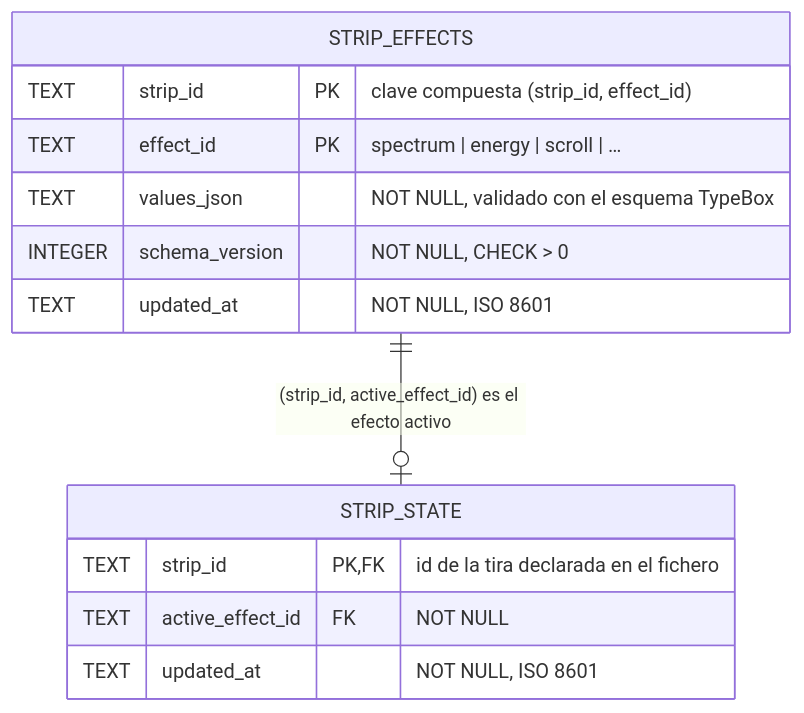
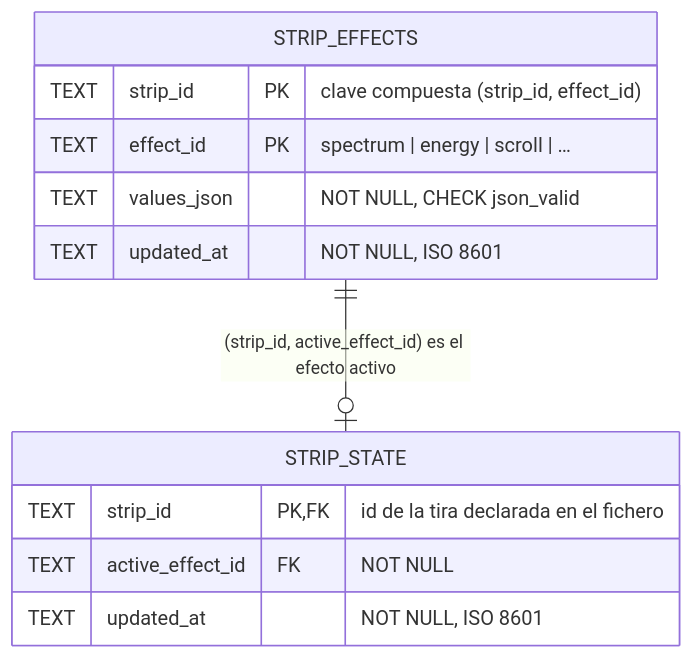
The third of 3 diagrams in readme.md (7daysofrain/mood-table-v2), drawn with Mermaid before and after one commit. The commit also changed other lines of this file and 2 other files, not shown here.

````diff
--- a/readme.md
+++ b/readme.md
@@ -713,16 +713,15 @@
 ```mermaid
 erDiagram
   STRIP_STATE {
     TEXT strip_id PK, FK "id de la tira declarada en el fichero"
     TEXT active_effect_id FK "NOT NULL"
     TEXT updated_at "NOT NULL, ISO 8601"
   }
   STRIP_EFFECTS {
     TEXT strip_id PK "clave compuesta (strip_id, effect_id)"
     TEXT effect_id PK "spectrum | energy | scroll | …"
-    TEXT values_json "NOT NULL, validado con el esquema TypeBox"
-    INTEGER schema_version "NOT NULL, CHECK > 0"
+    TEXT values_json "NOT NULL, CHECK json_valid"
     TEXT updated_at "NOT NULL, ISO 8601"
   }
   STRIP_EFFECTS ||--o| STRIP_STATE : "(strip_id, active_effect_id) es el efecto activo"
 ```
````
